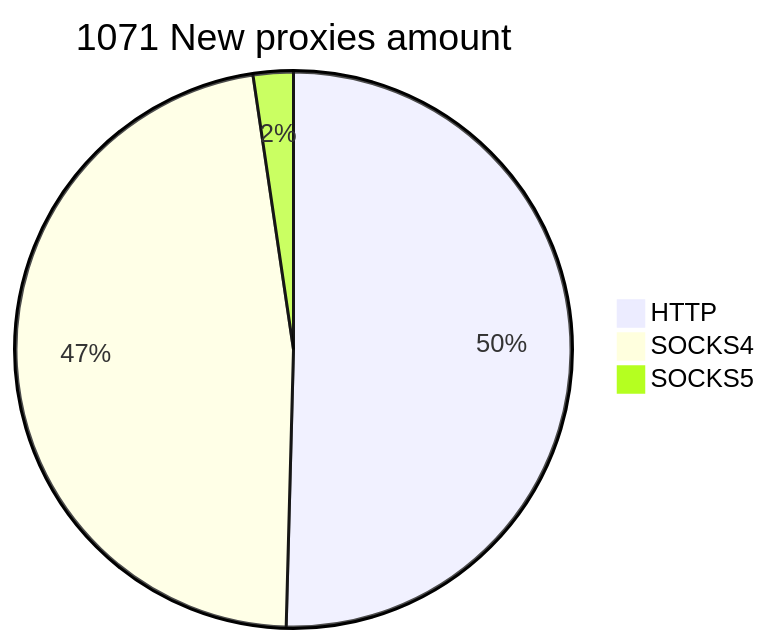
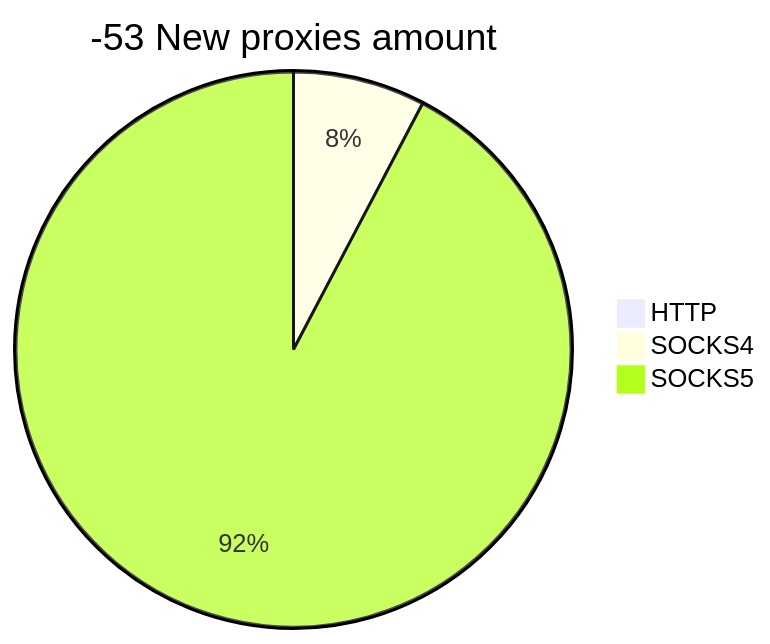
Before and after one commit to cutipu/proxylist: the second of 2 diagrams in README.md, drawn with Mermaid. The commit also changed other lines of this file, not shown here.

````diff
--- a/README.md
+++ b/README.md
@@ -10,6 +10,6 @@
 ```mermaid
-pie title 1071 New proxies amount
-    "HTTP" : 540
-    "SOCKS4" : 506
-    "SOCKS5" : 25
+pie title -53 New proxies amount
+    "HTTP" : 0
+    "SOCKS4" : 1
+    "SOCKS5" : 12
 ```
````
